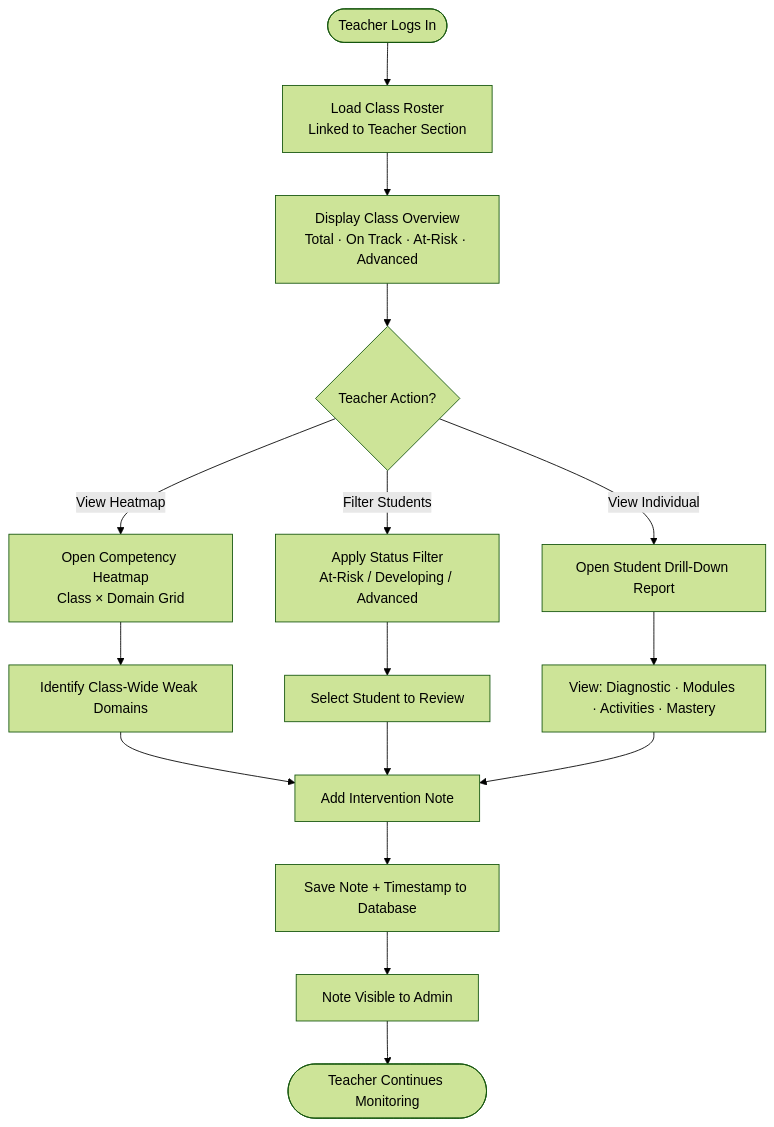
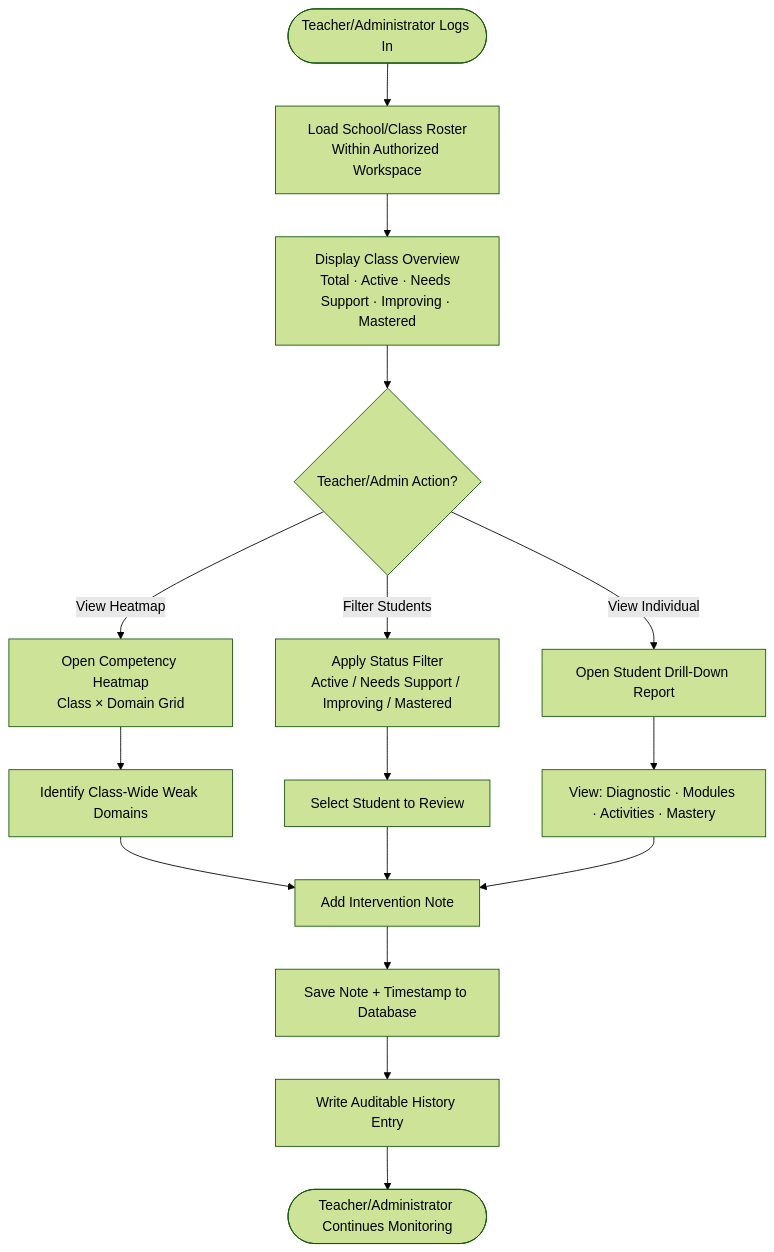
One commit to MathSmart-Systems/MathSmart-AI-Powered-Interactice-Learning-System changed the sixth of 11 diagrams in docs/SOURCE_OF_TRUTH.md. Above: the diagram before and after it, drawn with Mermaid (forest theme). The commit also changed other lines of this file and 108 other files, not shown here.

````diff
--- a/docs/SOURCE_OF_TRUTH.md
+++ b/docs/SOURCE_OF_TRUTH.md
@@ -345,16 +419,16 @@
 ```mermaid
 flowchart TD
-    A([Teacher Logs In]) --> B["Load Class Roster\nLinked to Teacher Section"]
-    B --> C["Display Class Overview\nTotal · On Track · At-Risk · Advanced"]
-    C --> D{Teacher Action?}
+    A([Teacher/Administrator Logs In]) --> B["Load School/Class Roster\nWithin Authorized Workspace"]
+    B --> C["Display Class Overview\nTotal · Active · Needs Support · Improving · Mastered"]
+    C --> D{Teacher/Admin Action?}
     D -->|View Heatmap| E["Open Competency Heatmap\nClass × Domain Grid"]
-    D -->|Filter Students| F["Apply Status Filter\nAt-Risk / Developing / Advanced"]
+    D -->|Filter Students| F["Apply Status Filter\nActive / Needs Support / Improving / Mastered"]
     D -->|View Individual| G[Open Student Drill-Down Report]
     E --> H[Identify Class-Wide Weak Domains]
     F --> I[Select Student to Review]
     G --> J["View: Diagnostic · Modules · Activities · Mastery"]
     H & I & J --> K[Add Intervention Note]
     K --> L[Save Note + Timestamp to Database]
-    L --> M[Note Visible to Admin]
-    M --> N([Teacher Continues Monitoring])
+    L --> M[Write Auditable History Entry]
+    M --> N([Teacher/Administrator Continues Monitoring])
 ```
````
